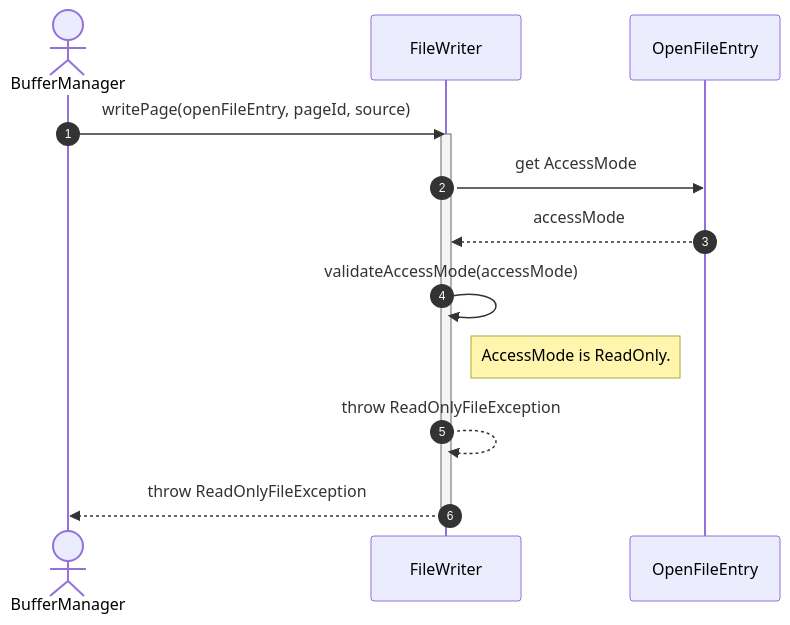
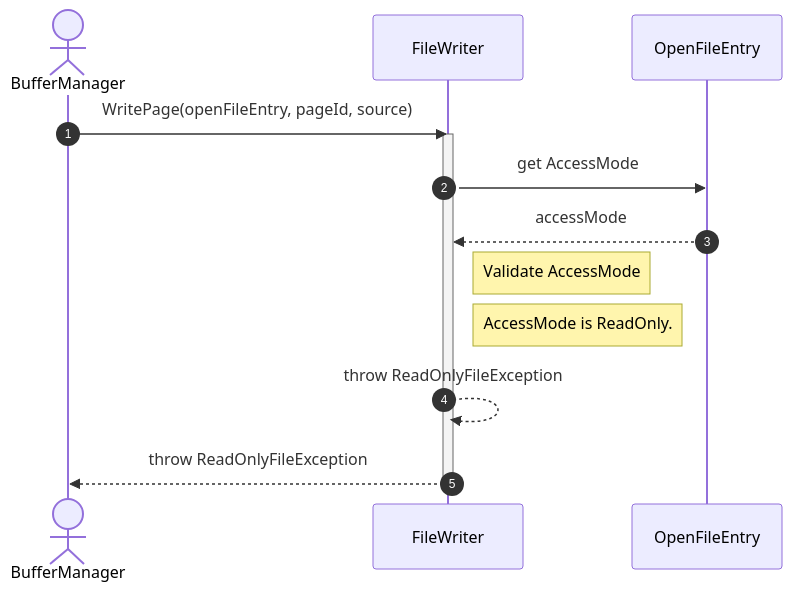
The second of 5 diagrams in docs/diagrams/sequence-diagrams/storage-engine/file-management/file-io/write-file.md (manaxpow/DBMS), drawn with Mermaid before and after one commit. The commit also changed other lines of this file and 98 other files, not shown here.

````diff
--- a/docs/diagrams/sequence-diagrams/storage-engine/file-management/file-io/write-file.md
+++ b/docs/diagrams/sequence-diagrams/storage-engine/file-management/file-io/write-file.md
@@ -58,20 +58,20 @@
 ```mermaid
 sequenceDiagram
     autonumber
     actor BM as BufferManager
     participant FW as FileWriter
     participant OE as OpenFileEntry
 
-    BM->>FW: writePage(openFileEntry, pageId, source)
+    BM->>FW: WritePage(openFileEntry, pageId, source)
     activate FW
     
     FW->>OE: get AccessMode
     OE-->>FW: accessMode
     
-    FW->>FW: validateAccessMode(accessMode)
+    note right of FW: Validate AccessMode
     note right of FW: AccessMode is ReadOnly.
     FW-->>FW: throw ReadOnlyFileException
     
     FW-->>BM: throw ReadOnlyFileException
     deactivate FW
 ```
````
